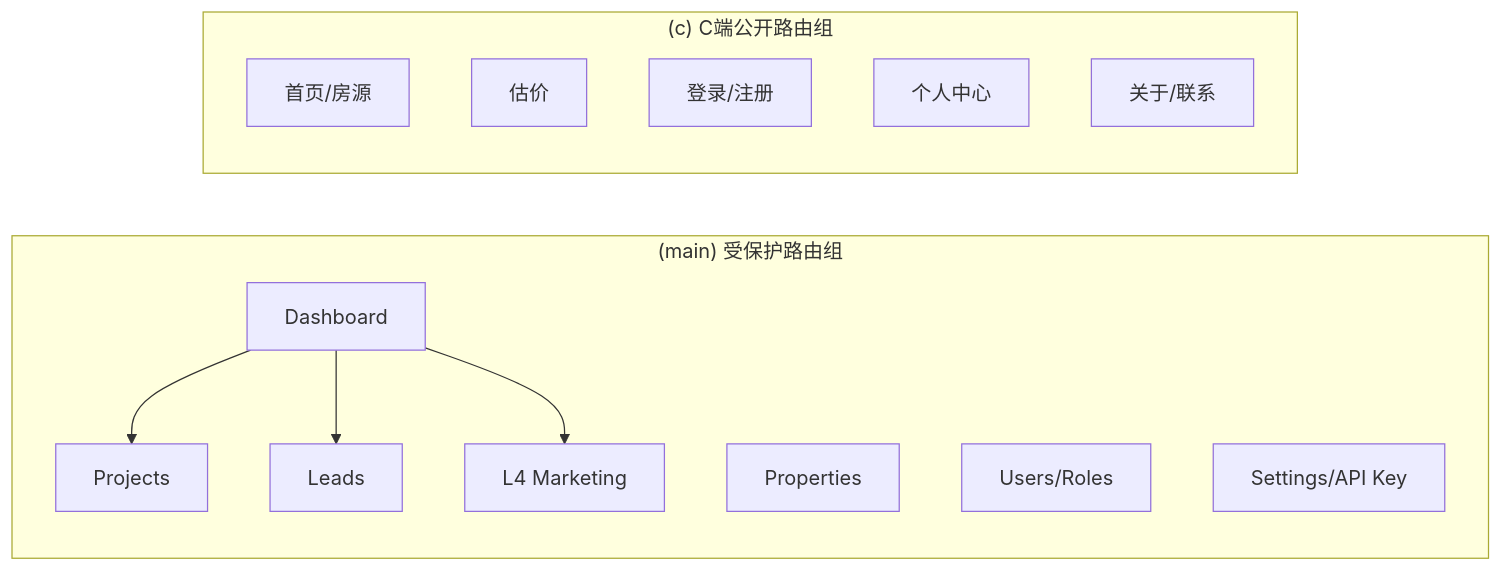
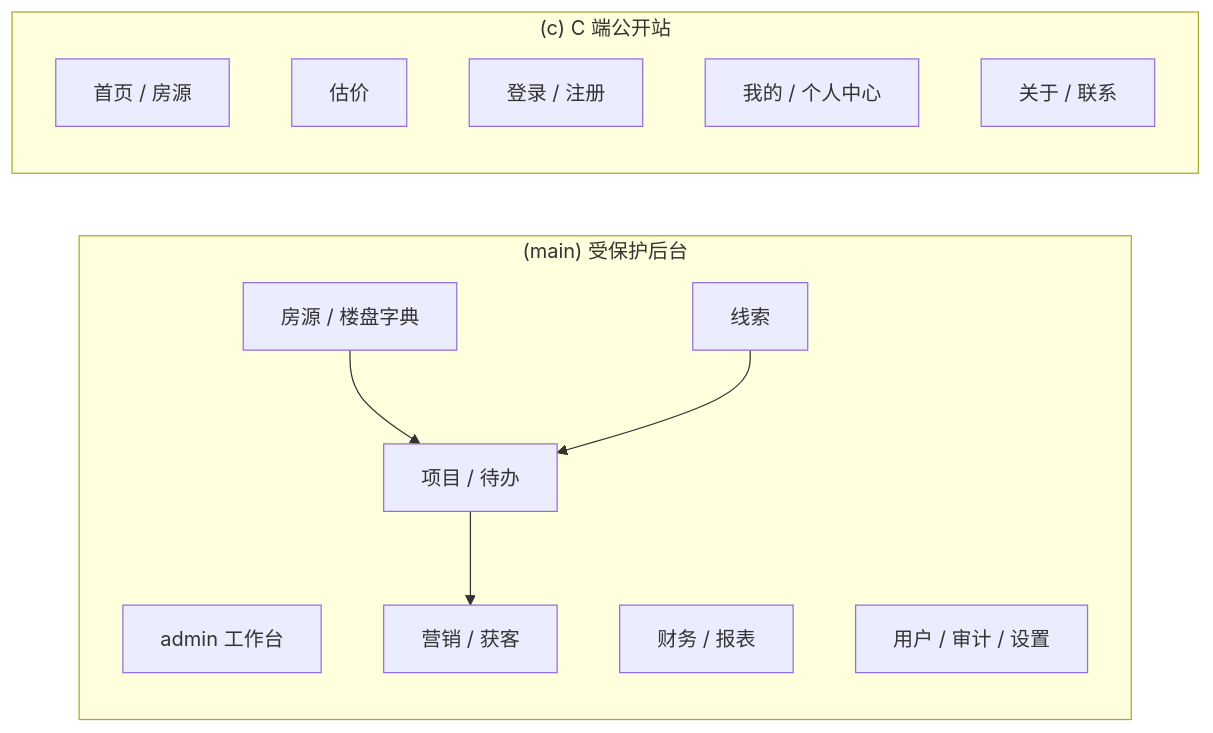
One commit to kakaoxy/profo changed the fourth of 11 diagrams in README.md. Above: the diagram before and after it, drawn with Mermaid. The commit also changed other lines of this file, not shown here.

````diff
--- a/README.md
+++ b/README.md
@@ -217,22 +247,22 @@
 ```mermaid
 graph LR
-    subgraph "(main) 受保护路由组"
-        M1[Dashboard]
-        M2[Projects]
-        M3[Leads]
-        M4[L4 Marketing]
-        M5[Properties]
-        M6[Users/Roles]
-        M7[Settings/API Key]
+    subgraph "(main) 受保护后台"
+        M1[admin 工作台]
+        M2[房源 / 楼盘字典]
+        M3[线索]
+        M4[项目 / 待办]
+        M5[营销 / 获客]
+        M6[财务 / 报表]
+        M7[用户 / 审计 / 设置]
     end
-    subgraph "(c) C端公开路由组"
-        C1[首页/房源]
+    subgraph "(c) C 端公开站"
+        C1[首页 / 房源]
         C2[估价]
-        C3[登录/注册]
-        C4[个人中心]
-        C5[关于/联系]
+        C3[登录 / 注册]
+        C4[我的 / 个人中心]
+        C5[关于 / 联系]
     end
-    M1 --> M2
-    M1 --> M3
-    M1 --> M4
+    M2 --> M4
+    M3 --> M4
+    M4 --> M5
 ```
````
